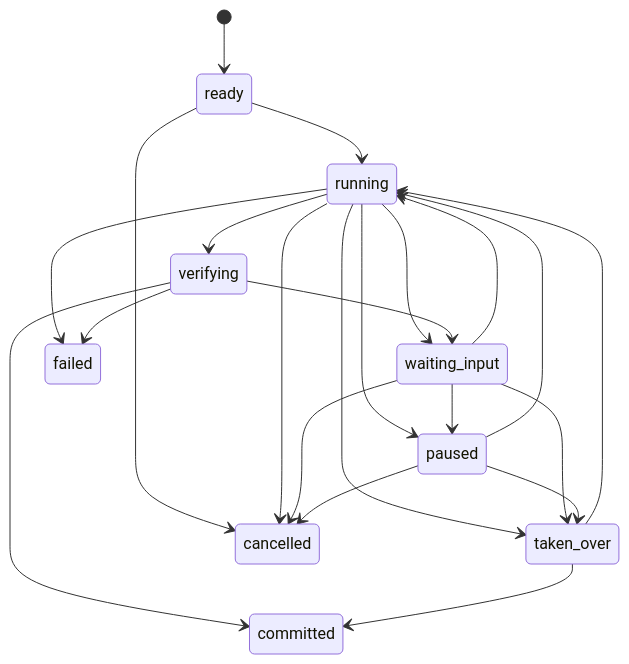
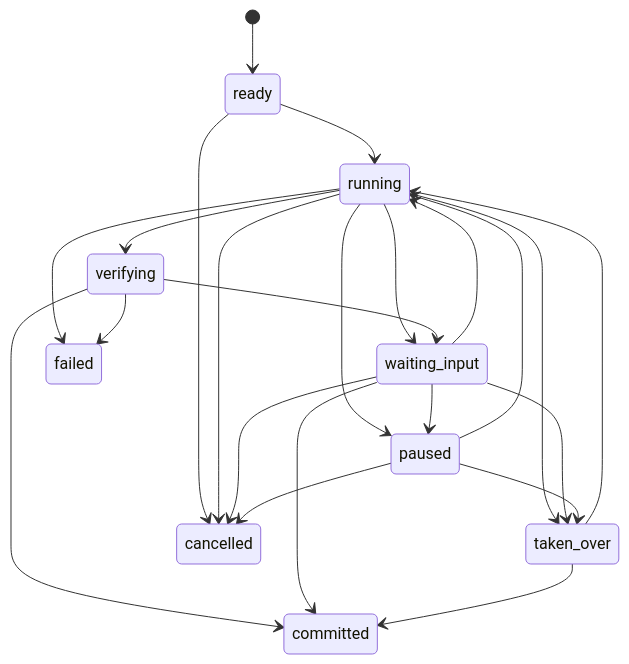
Before and after one commit to Dickey007s/lenovo_agent: the first of 2 diagrams in docs/contracts/TASK_RUNTIME_PROTOCOL.md, drawn with Mermaid. The commit also changed other lines of this file and 18 other files, not shown here.

````diff
--- a/docs/contracts/TASK_RUNTIME_PROTOCOL.md
+++ b/docs/contracts/TASK_RUNTIME_PROTOCOL.md
@@ -46,24 +48,25 @@
 ```mermaid
 stateDiagram-v2
     [*] --> ready
     ready --> running
     running --> verifying
     running --> waiting_input
     running --> paused
     running --> taken_over
     running --> failed
     verifying --> waiting_input
     verifying --> committed
     verifying --> failed
     waiting_input --> running
+    waiting_input --> committed
     waiting_input --> paused
     waiting_input --> taken_over
     paused --> running
     paused --> taken_over
     taken_over --> running
     taken_over --> committed
     ready --> cancelled
     running --> cancelled
     waiting_input --> cancelled
     paused --> cancelled
 ```
````
